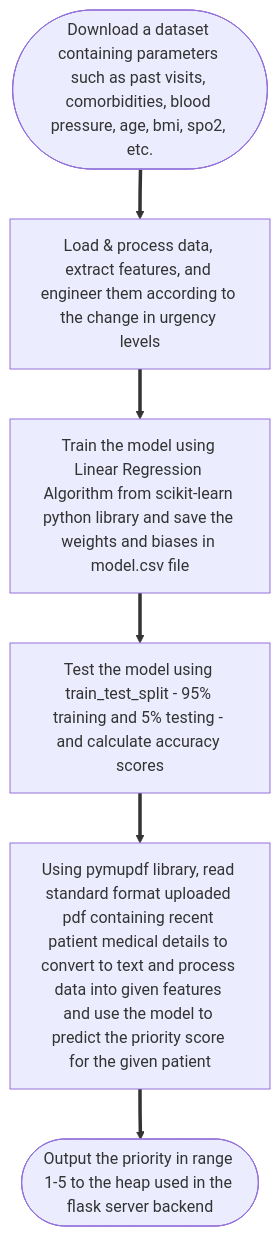
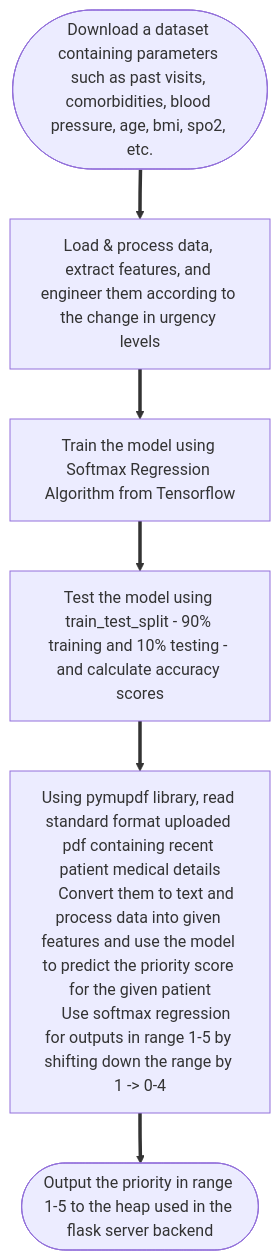
The first of 2 diagrams in README.md (rndeshpande16/Hospital-Patient-Queue), drawn with Mermaid before and after one commit. The commit also changed other lines of this file and 1 other file, not shown here.

Commit message:
Modified README.md and model a bit

````diff
--- a/README.md
+++ b/README.md
@@ -20,8 +20,10 @@
 ```mermaid
 flowchart TD
     StartNode([Download a dataset containing parameters such as past visits, comorbidities, blood pressure, age, bmi, spo2, etc.]) ==> B[Load & process data, extract features, and engineer them according to the change in urgency levels]
-    B ==> C[Train the model using Linear Regression Algorithm from scikit-learn python library and save the weights and biases in model.csv file]
-    C ==> D[Test the model using train_test_split - 95% training and 5% testing - and calculate accuracy scores]
-    D ==> E[Using pymupdf library, read standard format uploaded pdf containing recent patient medical details to convert to text and process data into given features and use the model to predict the priority score for the given patient]
+    B ==> C[Train the model using Softmax Regression Algorithm from Tensorflow]
+    C ==> D[Test the model using train_test_split - 90% training and 10% testing - and calculate accuracy scores]
+    D ==> E[Using pymupdf library, read standard format uploaded pdf containing recent patient medical details
+    Convert them to text and process data into given features and use the model to predict the priority score for the given patient
+    Use softmax regression for outputs in range 1-5 by shifting down the range by 1 -> 0-4]
     E ==> EndNode([Output the priority in range 1-5 to the heap used in the flask server backend])
 ```
````
